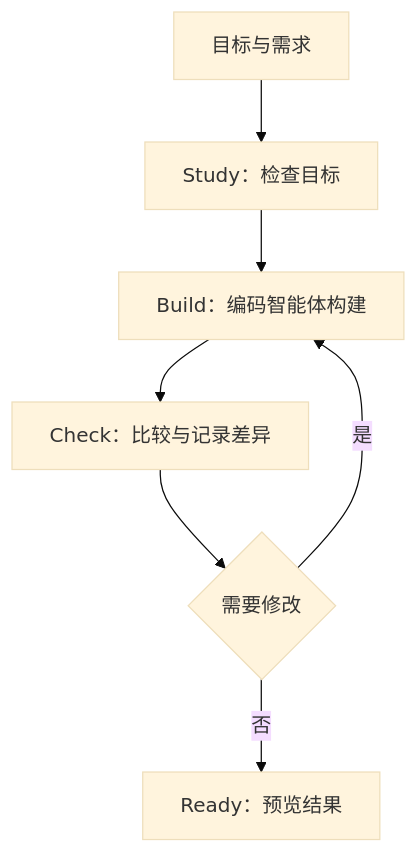
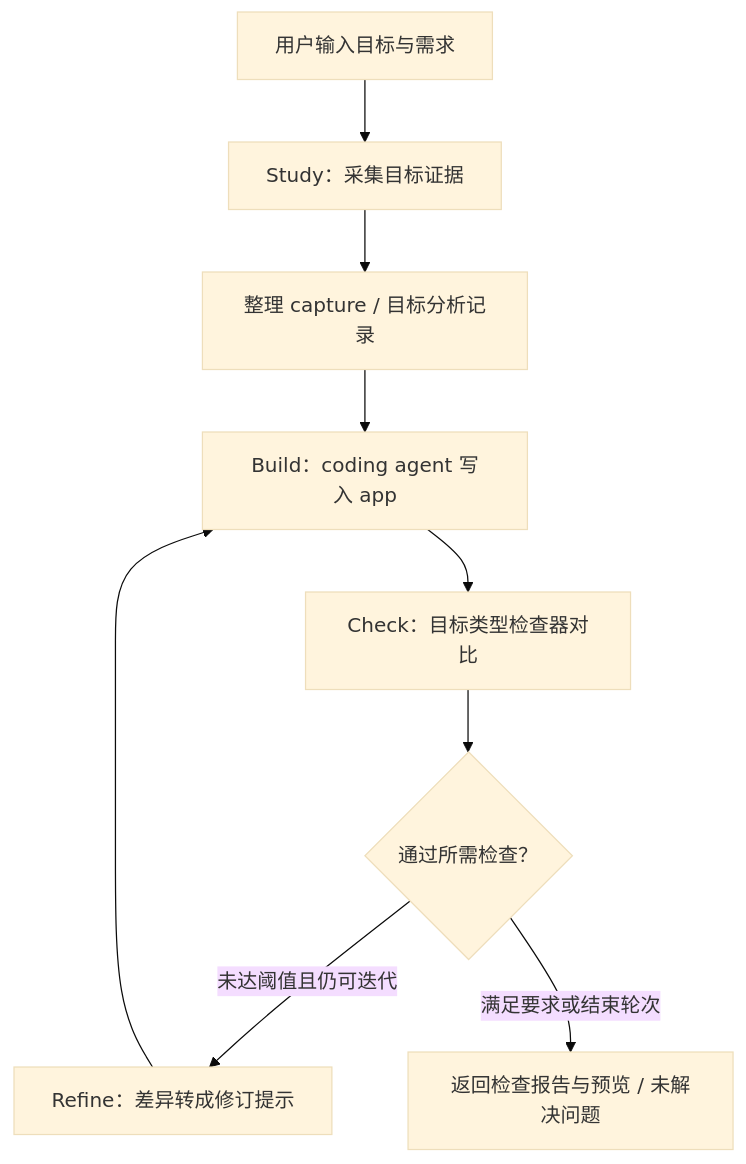
The first of 2 diagrams in wiki/entities/craft-anything.md (ImChong/Robotics_Notebooks), drawn with Mermaid (base theme) before and after one commit. The commit also changed other lines of this file, not shown here.

````diff
--- a/wiki/entities/craft-anything.md
+++ b/wiki/entities/craft-anything.md
@@ -39,9 +63,11 @@
 ```mermaid
 flowchart TD
-  A["目标与需求"] --> B["Study：检查目标"]
-  B --> C["Build：编码智能体构建"]
-  C --> D["Check：比较与记录差异"]
-  D --> E{"需要修改"}
-  E -->|是| C
-  E -->|否| F["Ready：预览结果"]
+  A["用户输入目标与需求"] --> B["Study：采集目标证据"]
+  B --> C["整理 capture / 目标分析记录"]
+  C --> D["Build：coding agent 写入 app"]
+  D --> E["Check：目标类型检查器对比"]
+  E --> F{"通过所需检查？"}
+  F -->|"未达阈值且仍可迭代"| G["Refine：差异转成修订提示"]
+  G --> D
+  F -->|"满足要求或结束轮次"| H["返回检查报告与预览 / 未解决问题"]
 ```
````
